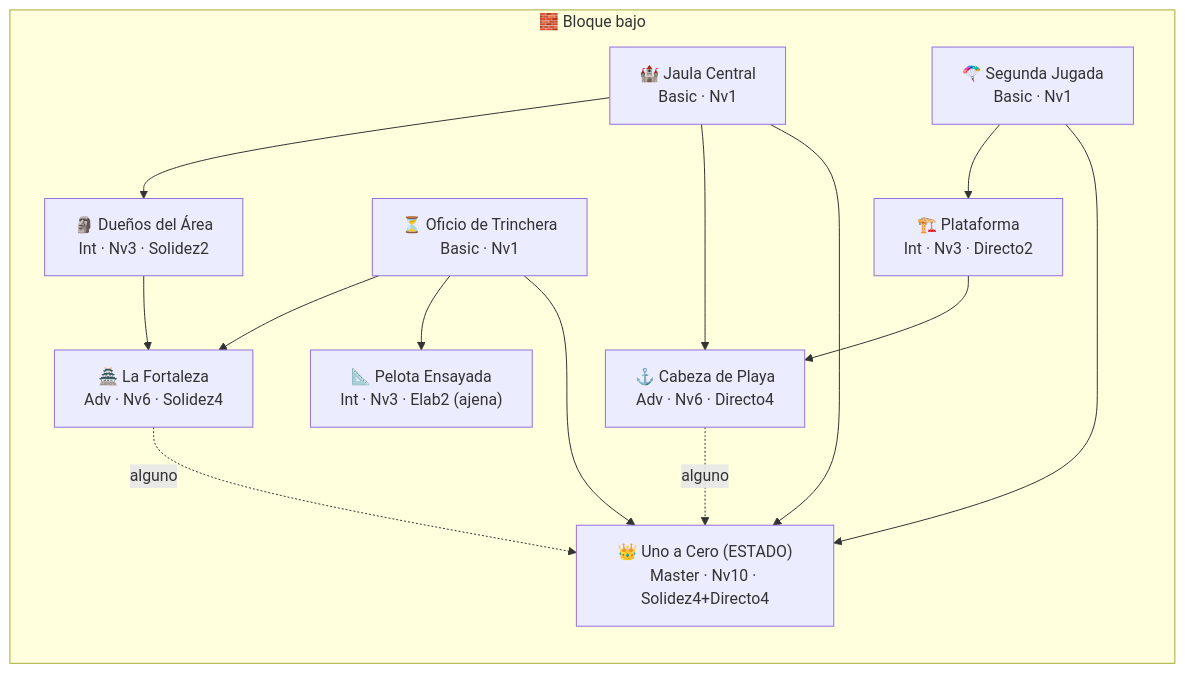
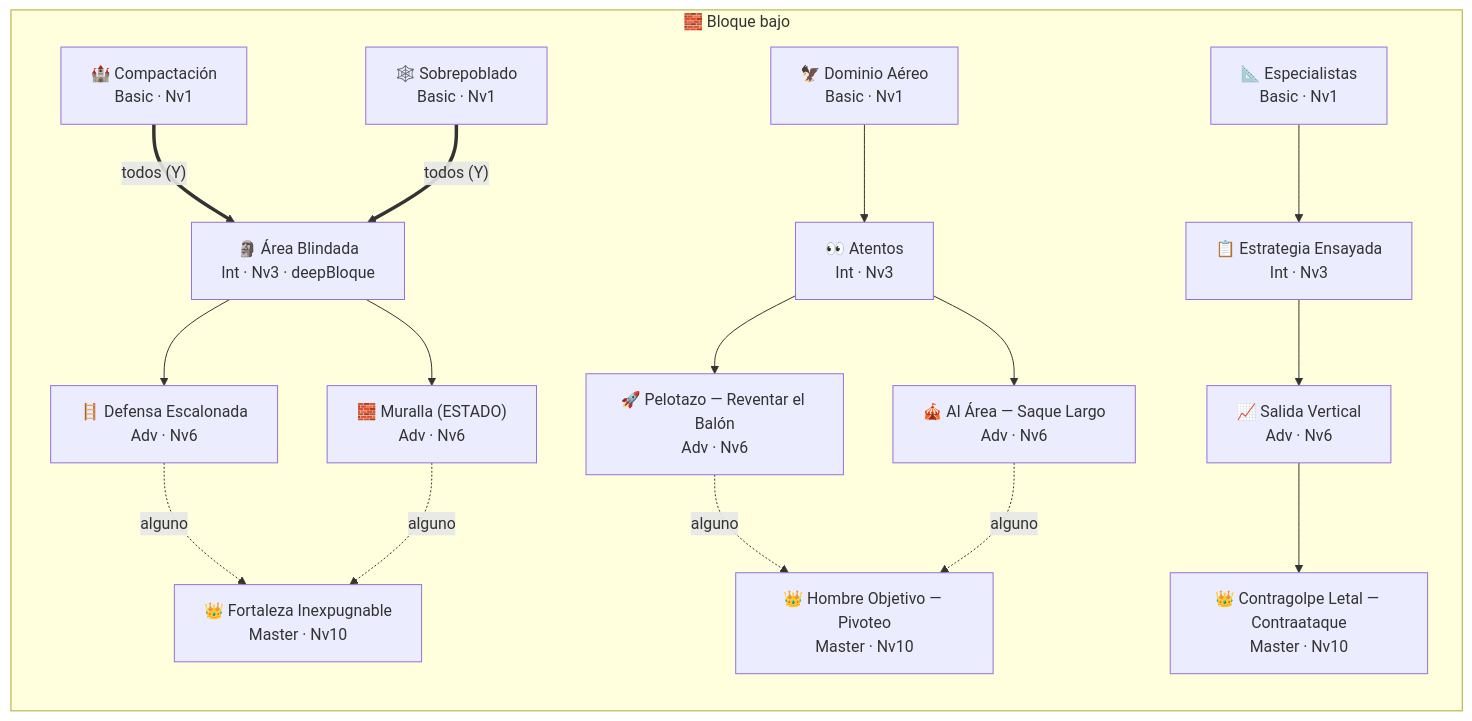
Before and after one commit to zeva04/wc-primelike: the fourth of 4 diagrams in docs/RASGOS-catalogo.md, drawn with Mermaid. The commit also changed other lines of this file and 9 other files, not shown here.

First line of the commit message:
Rediseño del Contragolpe + catálogo de jugadas

````diff
--- a/docs/RASGOS-catalogo.md
+++ b/docs/RASGOS-catalogo.md
@@ -201,25 +249,32 @@
 ```mermaid
 flowchart TD
   subgraph BLQ["🧱 Bloque bajo"]
     direction TB
-    B1["🏰 Jaula Central\nBasic · Nv1"]
-    B2["⏳ Oficio de Trinchera\nBasic · Nv1"]
-    B3["🪂 Segunda Jugada\nBasic · Nv1"]
-    B4["🗿 Dueños del Área\nInt · Nv3 · Solidez2"]
-    B5["📐 Pelota Ensayada\nInt · Nv3 · Elab2 (ajena)"]
-    B6["🏗️ Plataforma\nInt · Nv3 · Directo2"]
-    B7["🏯 La Fortaleza\nAdv · Nv6 · Solidez4"]
-    B8["⚓ Cabeza de Playa\nAdv · Nv6 · Directo4"]
-    B9["👑 Uno a Cero (ESTADO)\nMaster · Nv10 · Solidez4+Directo4"]
-    B1 --> B4 --> B7
-    B2 --> B7
-    B2 --> B5
-    B3 --> B6 --> B8
-    B1 --> B8
-    B7 -.->|"alguno"| B9
-    B8 -.->|"alguno"| B9
-    B1 --> B9
-    B2 --> B9
-    B3 --> B9
+    B1["🏰 Compactación\nBasic · Nv1"]
+    B2["🕸️ Sobrepoblado\nBasic · Nv1"]
+    B3["🗿 Área Blindada\nInt · Nv3 · deepBloque"]
+    B4["🪜 Defensa Escalonada\nAdv · Nv6"]
+    B5["🧱 Muralla (ESTADO)\nAdv · Nv6"]
+    B6["👑 Fortaleza Inexpugnable\nMaster · Nv10"]
+    B7["🦅 Dominio Aéreo\nBasic · Nv1"]
+    B8["👀 Atentos\nInt · Nv3"]
+    B9["🚀 Pelotazo — Reventar el Balón\nAdv · Nv6"]
+    B10["🎪 Al Área — Saque Largo\nAdv · Nv6"]
+    B11["👑 Hombre Objetivo — Pivoteo\nMaster · Nv10"]
+    B12["📐 Especialistas\nBasic · Nv1"]
+    B13["📋 Estrategia Ensayada\nInt · Nv3"]
+    B14["📈 Salida Vertical\nAdv · Nv6"]
+    B15["👑 Contragolpe Letal — Contraataque\nMaster · Nv10"]
+    B1 ==>|"todos (Y)"| B3
+    B2 ==>|"todos (Y)"| B3
+    B3 --> B4
+    B3 --> B5
+    B4 -.->|"alguno"| B6
+    B5 -.->|"alguno"| B6
+    B7 --> B8 --> B9
+    B8 --> B10
+    B9 -.->|"alguno"| B11
+    B10 -.->|"alguno"| B11
+    B12 --> B13 --> B14 --> B15
   end
 ```
````
